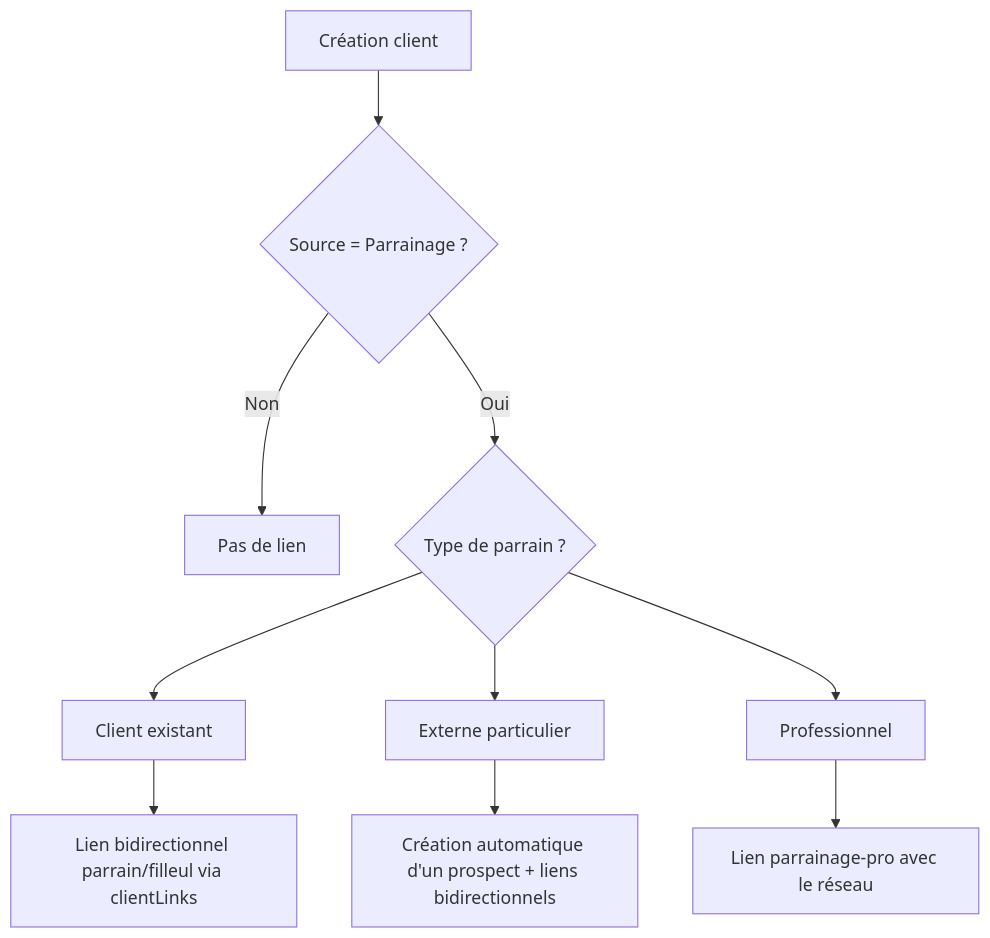
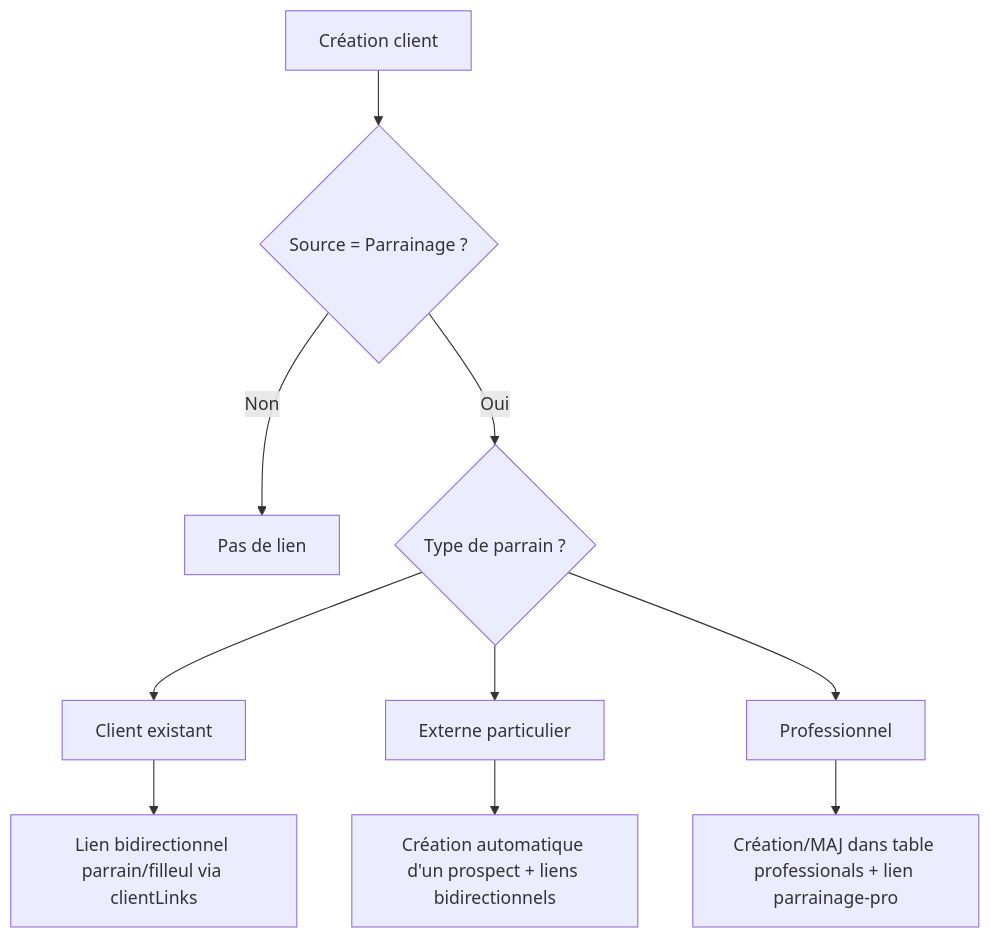
The fourth of 5 diagrams in docs/WORKFLOWS.md (zamolxes7378/CoachCRM), drawn with Mermaid before and after one commit. The commit also changed 15 other files, not shown here.

````diff
--- a/docs/WORKFLOWS.md
+++ b/docs/WORKFLOWS.md
@@ -99,12 +99,12 @@
 ```mermaid
 flowchart TD
     A[Création client] --> B{Source = Parrainage ?}
     B -- Non --> Z[Pas de lien]
     B -- Oui --> C{Type de parrain ?}
     C --> D[Client existant]
     C --> E[Externe particulier]
     C --> F[Professionnel]
     D --> G[Lien bidirectionnel parrain/filleul via clientLinks]
     E --> H[Création automatique d'un prospect + liens bidirectionnels]
-    F --> I[Lien parrainage-pro avec le réseau]
+    F --> I[Création/MAJ dans table professionals + lien parrainage-pro]
 ```
````
